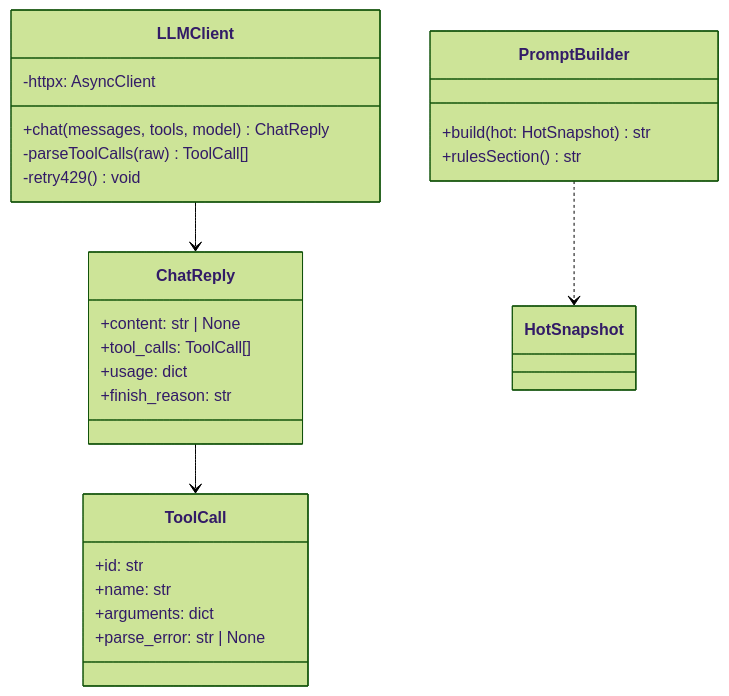
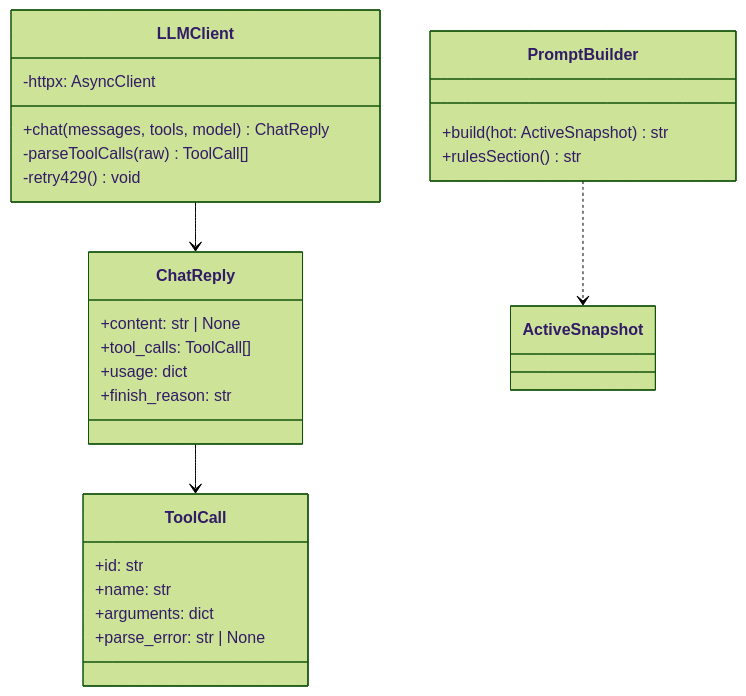
The diagram in .agents/plans/services/llm.md (Flowerf19/thyca-ai), drawn with Mermaid (forest theme) before and after one commit. The commit also changed 10 other files, not shown here.

First line of the commit message:
feat(memory): add ActiveMemory prompt window

````diff
--- a/.agents/plans/services/llm.md
+++ b/.agents/plans/services/llm.md
@@ -17,28 +17,28 @@
 ```mermaid
 classDiagram
     class PromptBuilder {
-        +build(hot: HotSnapshot) str
+        +build(hot: ActiveSnapshot) str
         +rulesSection() str
     }
     class LLMClient {
         -httpx: AsyncClient
         +chat(messages, tools, model) ChatReply
         -parseToolCalls(raw) ToolCall[]
         -retry429() void
     }
     class ChatReply {
         +content: str | None
         +tool_calls: ToolCall[]
         +usage: dict
         +finish_reason: str
     }
     class ToolCall {
         +id: str
         +name: str
         +arguments: dict
         +parse_error: str | None
     }
-    PromptBuilder ..> HotSnapshot
+    PromptBuilder ..> ActiveSnapshot
     LLMClient --> ChatReply
     ChatReply --> ToolCall
 ```
````
